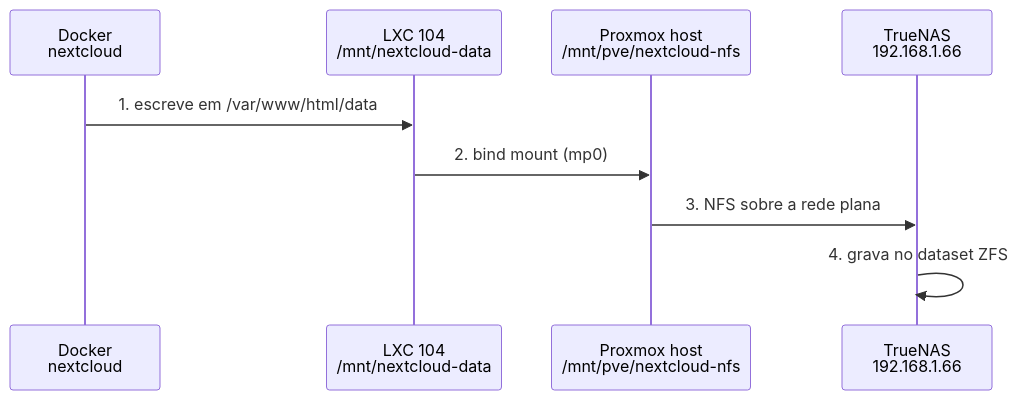
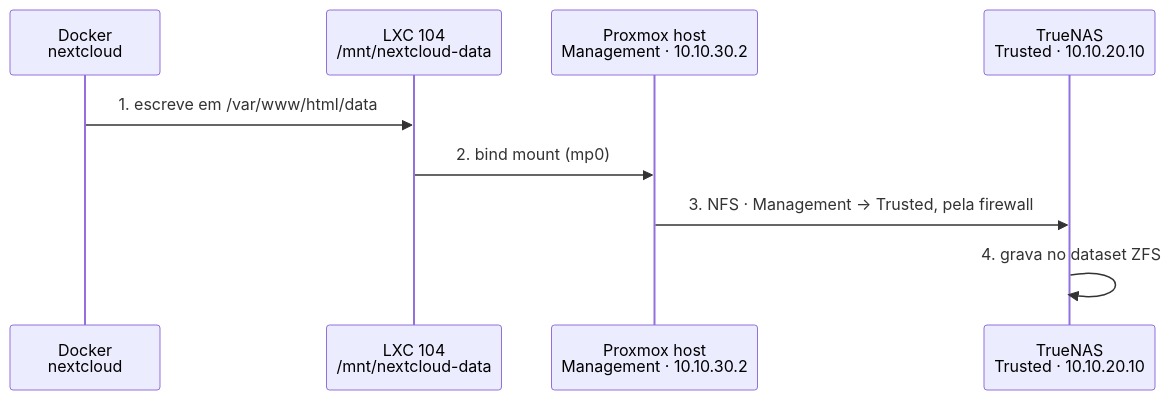
Before and after one commit to RuiGRMargarido/homelab: the fourth of 5 diagrams in docs/ESQUEMA_LOGICO_REDE.md, drawn with Mermaid. The commit also changed other lines of this file and 2 other files, not shown here.

First line of the commit message:
Migra o TrueNAS para a zona Trusted

````diff
--- a/docs/ESQUEMA_LOGICO_REDE.md
+++ b/docs/ESQUEMA_LOGICO_REDE.md
@@ -307,12 +311,12 @@
 ```mermaid
 sequenceDiagram
     participant N as Docker<br/>nextcloud
     participant L as LXC 104<br/>/mnt/nextcloud-data
-    participant H as Proxmox host<br/>/mnt/pve/nextcloud-nfs
-    participant T as TrueNAS<br/>192.168.1.66
+    participant H as Proxmox host<br/>Management · 10.10.30.2
+    participant T as TrueNAS<br/>Trusted · 10.10.20.10
 
     N->>L: 1. escreve em /var/www/html/data
     L->>H: 2. bind mount (mp0)
-    H->>T: 3. NFS sobre a rede plana
+    H->>T: 3. NFS · Management → Trusted, pela firewall
     T->>T: 4. grava no dataset ZFS
 ```
````
